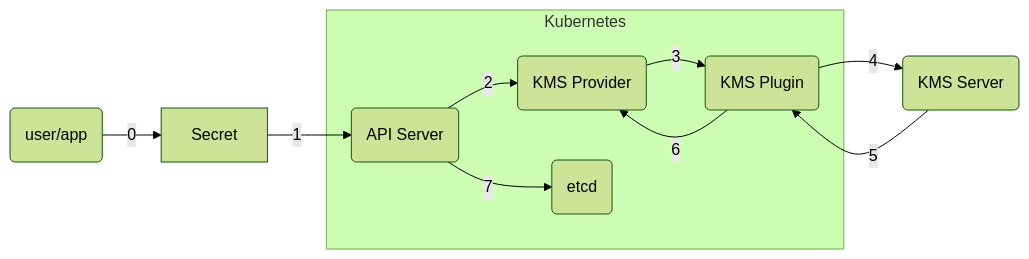
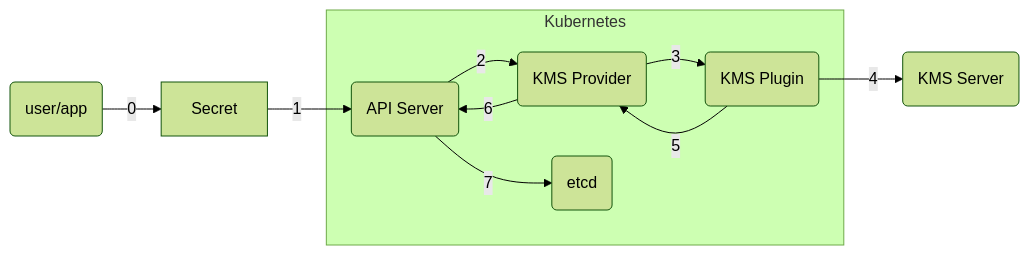
Before and after one commit to Trousseau-io/docs.trousseau.io: the first of 5 diagrams in docs/trousseau/architecture.md, drawn with Mermaid (forest theme). The commit also changed other lines of this file, not shown here.

````diff
--- a/docs/trousseau/architecture.md
+++ b/docs/trousseau/architecture.md
@@ -45,18 +45,18 @@
 ```mermaid
 graph LR
   A(user/app) --0--> B[Secret];
   B --1--> C(API Server);
   C --2--> L(KMS Provider);
   L --3--> D(KMS Plugin);
   D --4--> E(KMS Server);
-  E --5--> D;
-  D --6--> L;
+  D --5--> L;
+  L --6--> C;
   C --7--> F(etcd);
 
   subgraph Kubernetes
     C
     D
     F
     L
   end
 ```
````
